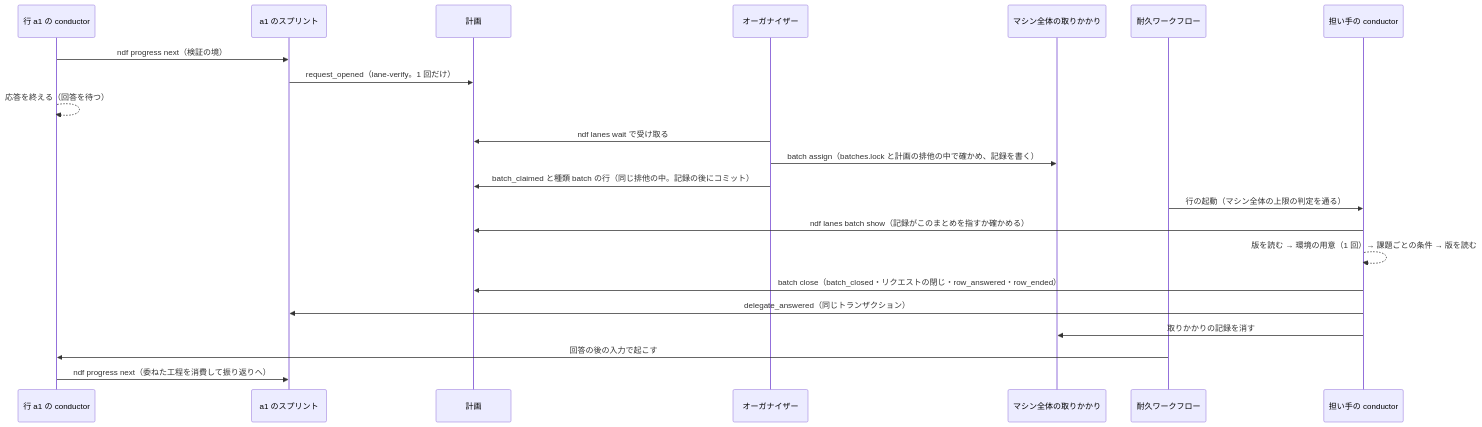
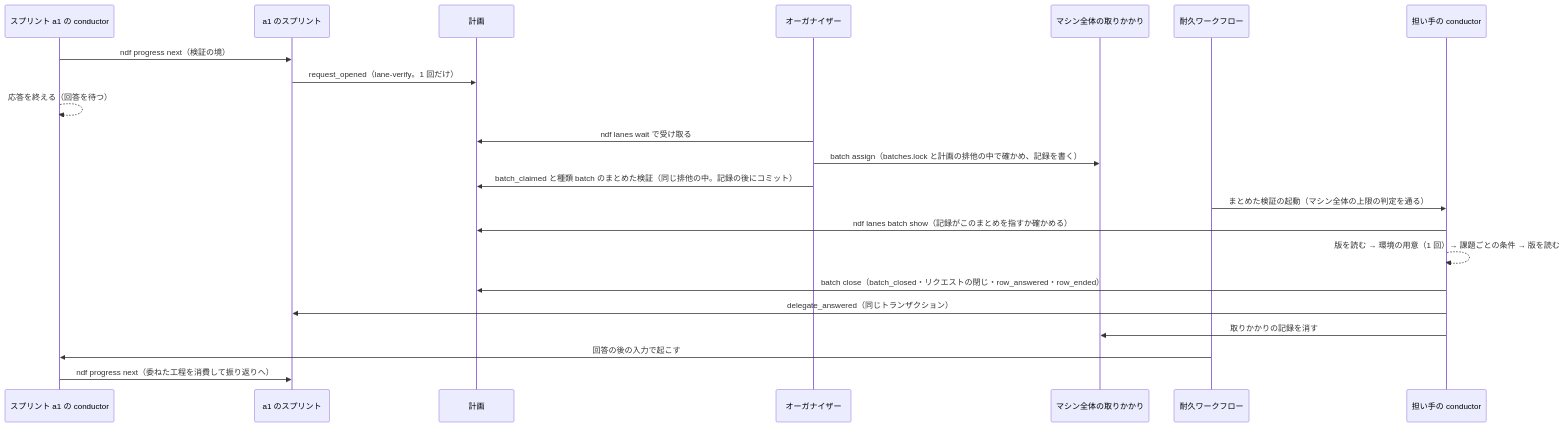
Before and after one commit to devbasex/ai-plugins: the third of 3 diagrams in issues/issue-4211-design.md, drawn with Mermaid. The commit also changed other lines of this file and 1 other file, not shown here.

First line of the commit message:
Docs: #4211 の設計で row を中身の名前（スプリント・開発ループ・まとめた検証）か「レーンの作業」と書く（設計承認ゲートの回答）

````diff
--- a/issues/issue-4211-design.md
+++ b/issues/issue-4211-design.md
@@ -144,24 +144,24 @@
 ```mermaid
 sequenceDiagram
-    participant A as 行 a1 の conductor
+    participant A as スプリント a1 の conductor
     participant S as a1 のスプリント
     participant P as 計画
     participant O as オーガナイザー
     participant M as マシン全体の取りかかり
     participant W as 耐久ワークフロー
     participant C as 担い手の conductor
     A->>S: ndf progress next（検証の境）
     S->>P: request_opened（lane-verify。1 回だけ）
     A-->>A: 応答を終える（回答を待つ）
     O->>P: ndf lanes wait で受け取る
     O->>M: batch assign（batches.lock と計画の排他の中で確かめ、記録を書く）
-    O->>P: batch_claimed と種類 batch の行（同じ排他の中。記録の後にコミット）
-    W->>C: 行の起動（マシン全体の上限の判定を通る）
+    O->>P: batch_claimed と種類 batch のまとめた検証（同じ排他の中。記録の後にコミット）
+    W->>C: まとめた検証の起動（マシン全体の上限の判定を通る）
     C->>P: ndf lanes batch show（記録がこのまとめを指すか確かめる）
     C-->>C: 版を読む → 環境の用意（1 回）→ 課題ごとの条件 → 版を読む
     C->>P: batch close（batch_closed・リクエストの閉じ・row_answered・row_ended）
     C->>S: delegate_answered（同じトランザクション）
     C->>M: 取りかかりの記録を消す
     W->>A: 回答の後の入力で起こす
     A->>S: ndf progress next（委ねた工程を消費して振り返りへ）
 ```
````
